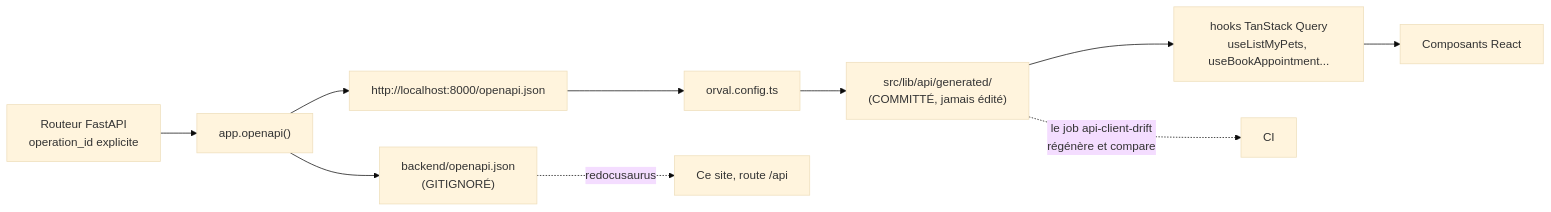
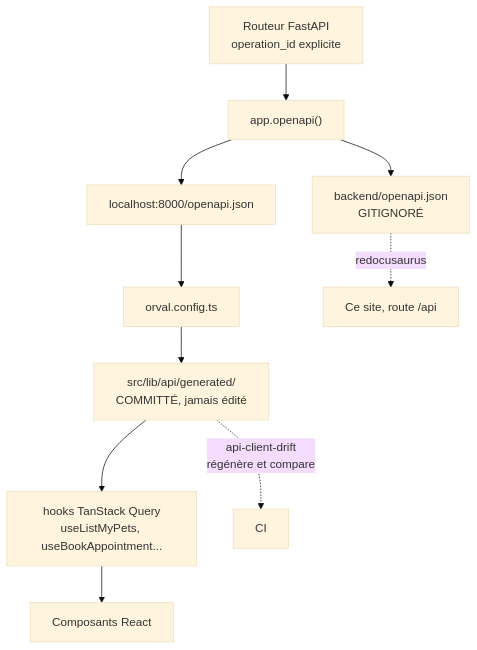
Before and after one commit to kederiku/VetLib: the diagram in documentation/docs/frontends/client-api-orval.md, drawn with Mermaid (base theme). The commit also changed 7 other files, not shown here.

First line of the commit message:
feat(docs): bouton « Agrandir » sur les diagrammes Mermaid (#20)

````diff
--- a/documentation/docs/frontends/client-api-orval.md
+++ b/documentation/docs/frontends/client-api-orval.md
@@ -12,12 +12,12 @@
 ```mermaid
-flowchart LR
+flowchart TD
   R["Routeur FastAPI<br/>operation_id explicite"] --> O["app.openapi()"]
-  O --> F["backend/openapi.json<br/>(GITIGNORÉ)"]
-  O --> S["http://localhost:8000/openapi.json"]
+  O --> F["backend/openapi.json<br/>GITIGNORÉ"]
+  O --> S["localhost:8000/openapi.json"]
   S --> C["orval.config.ts"]
-  C --> G["src/lib/api/generated/<br/>(COMMITTÉ, jamais édité)"]
+  C --> G["src/lib/api/generated/<br/>COMMITTÉ, jamais édité"]
   G --> H["hooks TanStack Query<br/>useListMyPets, useBookAppointment..."]
   H --> UI["Composants React"]
-  G -.->|"le job api-client-drift<br/>régénère et compare"| CI["CI"]
-  F -.->|"redocusaurus"| DOC["Ce site, route /api"]
+  G -.->|"api-client-drift<br/>régénère et compare"| CI["CI"]
+  F -.->|redocusaurus| DOC["Ce site, route /api"]
 ```
````
